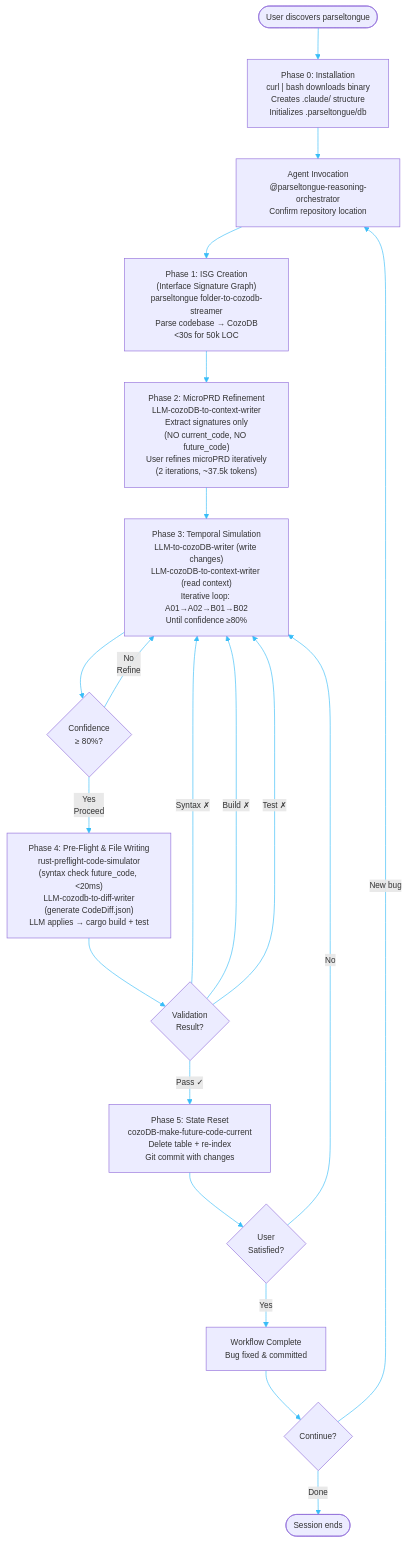
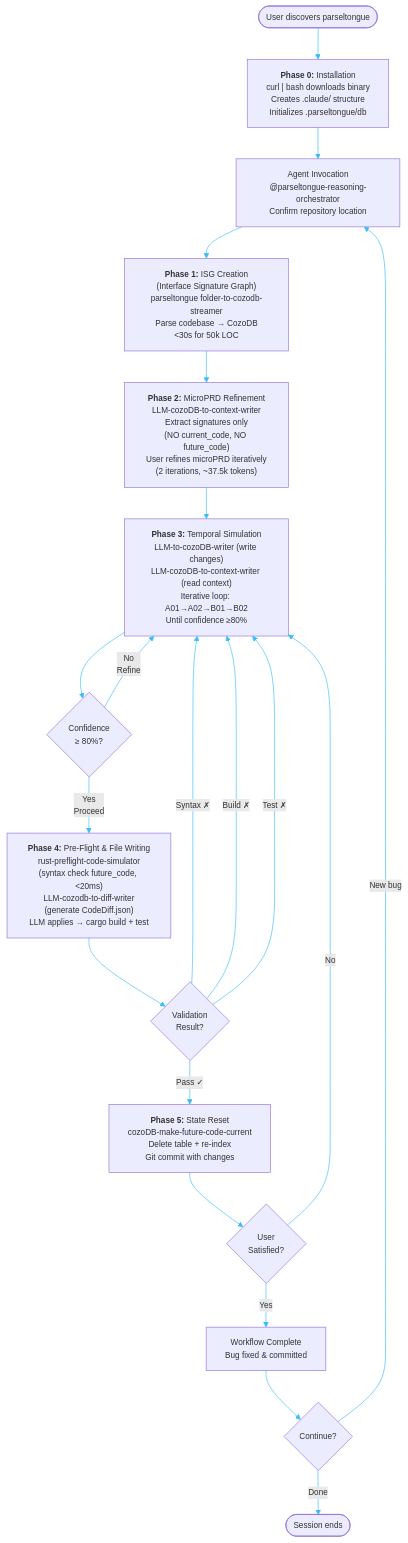
One commit to that-in-rust/parseltongue changed the first of 2 diagrams in .prdArchDocs/P00.md. Above: the diagram before and after it, drawn with Mermaid. The commit also changed other lines of this file, not shown here.

Commit message:
docs(P00): bold Phase labels in Mermaid diagrams for better readability
- Bold 'Phase 0:', 'Phase 1:', etc. in Level 1 diagram node labels
- Bold 'PHASE 0:', 'PHASE 1:', etc. in Level 3 diagram subgraph titles
- Improves visual hierarchy and readability of phase transitions

🤖 Generated with [Claude Code](https://claude.com/claude-code)

````diff
--- a/.prdArchDocs/P00.md
+++ b/.prdArchDocs/P00.md
@@ -13,50 +13,50 @@
 ```mermaid
 ---
 config:
   flowchart:
     defaultRenderer: "dagre"
   themeVariables:
     primaryColor: "#f0f9ff"
     primaryTextColor: "#0c4a6e"
     primaryBorderColor: "#0ea5e9"
     lineColor: "#38bdf8"
     secondaryColor: "#f0fdf4"
     tertiaryColor: "#fefce8"
     quaternaryColor: "#fff7ed"
     background: "#ffffff"
     fontFamily: "Arial, sans-serif"
     fontSize: "13px"
 ---
 flowchart TD
-    Start([User discovers parseltongue]) --> Phase0["Phase 0: Installation<br/>curl | bash downloads binary<br/>Creates .claude/ structure<br/>Initializes .parseltongue/db"]
+    Start([User discovers parseltongue]) --> Phase0["<b>Phase 0:</b> Installation<br/>curl | bash downloads binary<br/>Creates .claude/ structure<br/>Initializes .parseltongue/db"]
 
     Phase0 --> Setup["Agent Invocation<br/>@parseltongue-reasoning-orchestrator<br/>Confirm repository location"]
 
-    Setup --> Phase1["Phase 1: ISG Creation<br/>(Interface Signature Graph)<br/>parseltongue folder-to-cozodb-streamer<br/>Parse codebase → CozoDB<br/><30s for 50k LOC"]
+    Setup --> Phase1["<b>Phase 1:</b> ISG Creation<br/>(Interface Signature Graph)<br/>parseltongue folder-to-cozodb-streamer<br/>Parse codebase → CozoDB<br/><30s for 50k LOC"]
 
-    Phase1 --> Phase2["Phase 2: MicroPRD Refinement<br/>LLM-cozoDB-to-context-writer<br/>Extract signatures only<br/>(NO current_code, NO future_code)<br/>User refines microPRD iteratively<br/>(2 iterations, ~37.5k tokens)"]
+    Phase1 --> Phase2["<b>Phase 2:</b> MicroPRD Refinement<br/>LLM-cozoDB-to-context-writer<br/>Extract signatures only<br/>(NO current_code, NO future_code)<br/>User refines microPRD iteratively<br/>(2 iterations, ~37.5k tokens)"]
 
-    Phase2 --> Phase3["Phase 3: Temporal Simulation<br/>LLM-to-cozoDB-writer (write changes)<br/>LLM-cozoDB-to-context-writer (read context)<br/>Iterative loop: A01→A02→B01→B02<br/>Until confidence ≥80%"]
+    Phase2 --> Phase3["<b>Phase 3:</b> Temporal Simulation<br/>LLM-to-cozoDB-writer (write changes)<br/>LLM-cozoDB-to-context-writer (read context)<br/>Iterative loop: A01→A02→B01→B02<br/>Until confidence ≥80%"]
 
     Phase3 --> ConfidenceGate{Confidence<br/>≥ 80%?}
     ConfidenceGate --> |"No<br/>Refine"| Phase3
     ConfidenceGate --> |"Yes<br/>Proceed"| Phase4
 
-    Phase4["Phase 4: Pre-Flight & File Writing<br/>rust-preflight-code-simulator<br/>(syntax check future_code, <20ms)<br/>LLM-cozodb-to-diff-writer<br/>(generate CodeDiff.json)<br/>LLM applies → cargo build + test"]
+    Phase4["<b>Phase 4:</b> Pre-Flight & File Writing<br/>rust-preflight-code-simulator<br/>(syntax check future_code, <20ms)<br/>LLM-cozodb-to-diff-writer<br/>(generate CodeDiff.json)<br/>LLM applies → cargo build + test"]
 
     Phase4 --> ValidationGate{Validation<br/>Result?}
     ValidationGate --> |"Syntax ✗"| Phase3
     ValidationGate --> |"Build ✗"| Phase3
     ValidationGate --> |"Test ✗"| Phase3
     ValidationGate --> |"Pass ✓"| Phase5
 
-    Phase5["Phase 5: State Reset<br/>cozoDB-make-future-code-current<br/>Delete table + re-index<br/>Git commit with changes"]
+    Phase5["<b>Phase 5:</b> State Reset<br/>cozoDB-make-future-code-current<br/>Delete table + re-index<br/>Git commit with changes"]
 
     Phase5 --> UserSatisfied{User<br/>Satisfied?}
     UserSatisfied --> |"No"| Phase3
     UserSatisfied --> |"Yes"| Complete["Workflow Complete<br/>Bug fixed & committed"]
 
     Complete --> NextAction{Continue?}
     NextAction --> |"New bug"| Setup
     NextAction --> |"Done"| End([Session ends])
 ```
````
